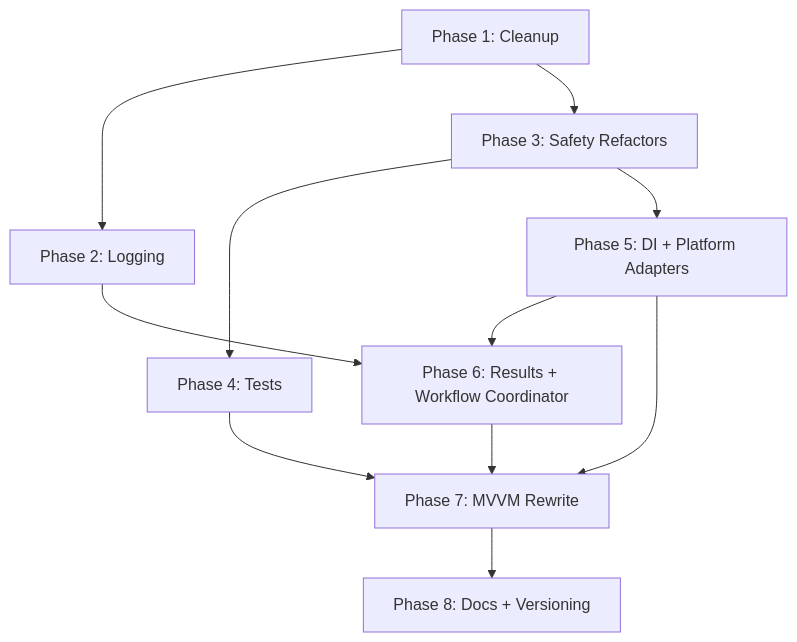
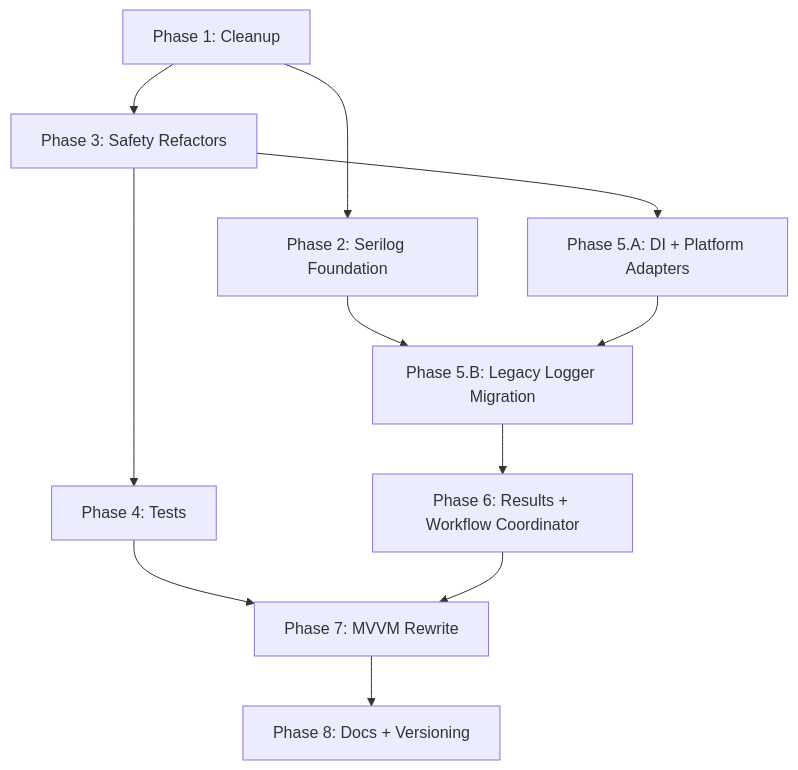
The diagram in docs/refactor/refactor_master_plan.md (ThelianTech-Studios/CalradiaForge), drawn with Mermaid before and after one commit. The commit also changed other lines of this file and 3 other files, not shown here.

````diff
--- a/docs/refactor/refactor_master_plan.md
+++ b/docs/refactor/refactor_master_plan.md
@@ -140,22 +142,23 @@
 ```mermaid
 flowchart TD
     P1["Phase 1: Cleanup"]
-    P2["Phase 2: Logging"]
+    P2["Phase 2: Serilog Foundation"]
     P3["Phase 3: Safety Refactors"]
     P4["Phase 4: Tests"]
-    P5["Phase 5: DI + Platform Adapters"]
+    P5A["Phase 5.A: DI + Platform Adapters"]
+    P5B["Phase 5.B: Legacy Logger Migration"]
     P6["Phase 6: Results + Workflow Coordinator"]
     P7["Phase 7: MVVM Rewrite"]
     P8["Phase 8: Docs + Versioning"]
 
     P1 --> P2
     P1 --> P3
     P3 --> P4
-    P3 --> P5
-    P2 --> P6
-    P5 --> P6
+    P3 --> P5A
+    P2 --> P5B
+    P5A --> P5B
+    P5B --> P6
     P4 --> P7
-    P5 --> P7
     P6 --> P7
     P7 --> P8
 ```
````
